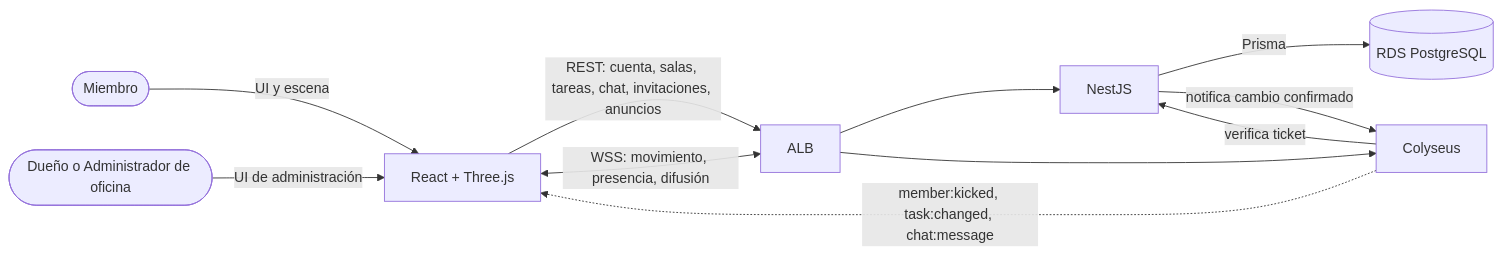
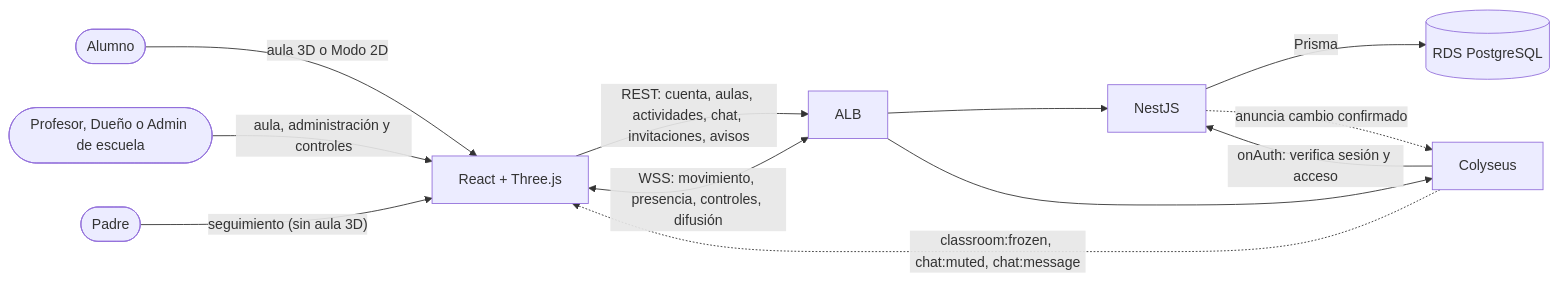
The third of 3 diagrams in docs/diagrams/02-system-architecture/deployment-and-network.md (Agustin742/integratec-final-back), drawn with Mermaid before and after one commit. The commit also changed other lines of this file and 7 other files, not shown here.

Commit message:
docs(diagrams): realign architecture and reference diagrams with the school niche model

````diff
--- a/docs/diagrams/02-system-architecture/deployment-and-network.md
+++ b/docs/diagrams/02-system-architecture/deployment-and-network.md
@@ -136,21 +161,23 @@
 ```mermaid
 flowchart LR
-  mie(["Miembro"])
-  adm(["Dueño o Administrador de oficina"])
+  alu(["Alumno"])
+  prof(["Profesor, Dueño o Admin de escuela"])
+  pad(["Padre"])
   web["React + Three.js"]
   alb["ALB"]
   api["NestJS"]
   col["Colyseus"]
   rds[("RDS PostgreSQL")]
 
-  mie -->|"UI y escena"| web
-  adm -->|"UI de administración"| web
-  web -->|"REST: cuenta, salas, tareas, chat, invitaciones, anuncios"| alb
-  web <-->|"WSS: movimiento, presencia, difusión"| alb
+  alu -->|"aula 3D o Modo 2D"| web
+  prof -->|"aula, administración y controles"| web
+  pad -->|"seguimiento (sin aula 3D)"| web
+  web -->|"REST: cuenta, aulas, actividades, chat, invitaciones, avisos"| alb
+  web <-->|"WSS: movimiento, presencia, controles, difusión"| alb
   alb --> api
   alb --> col
   api -->|"Prisma"| rds
-  api -->|"notifica cambio confirmado"| col
-  col -->|"verifica ticket"| api
-  col -.->|"member:kicked, task:changed, chat:message"| web
+  api -.->|"anuncia cambio confirmado"| col
+  col -->|"onAuth: verifica sesión y acceso"| api
+  col -.->|"classroom:frozen, chat:muted, chat:message"| web
 ```
````
